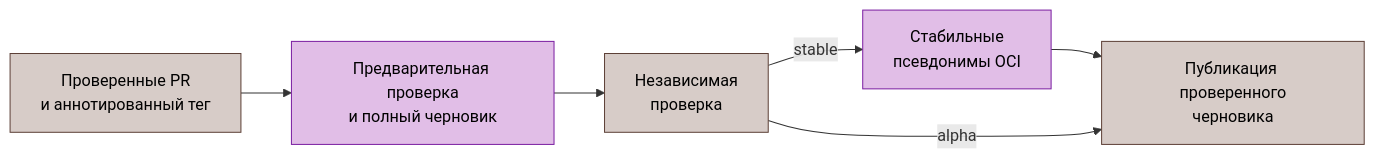
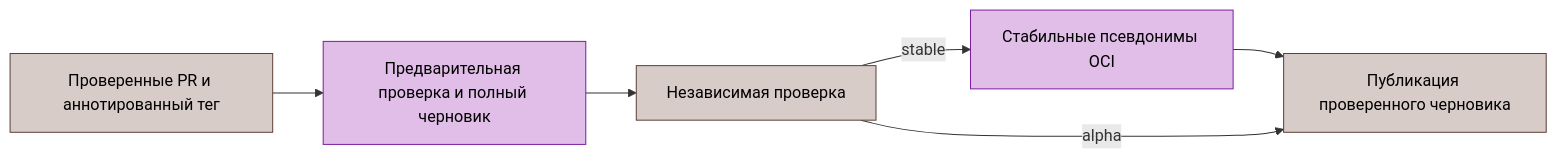
The diagram in docs/ru/reference/automation.md (dantte-lp/gobfd), drawn with Mermaid before and after one commit. The commit also changed 48 other files, not shown here.

First line of the commit message:
docs: align v1.0 documentation with codebase, unify Mermaid, and add mascot logo

````diff
--- a/docs/ru/reference/automation.md
+++ b/docs/ru/reference/automation.md
@@ -70,12 +70,12 @@
 ```mermaid
 flowchart LR
-  accTitle: Предложение, проверка и публикация выпуска
-  accDescr: Проверенные PR выпуска и аннотированный тег предшествуют проверке черновика; только стабильный выпуск продвигает псевдонимы.
-    proposal["Проверенные PR<br/>и аннотированный тег"]:::mgt --> build["Предварительная проверка<br/>и полный черновик"]:::srv
-    build --> verify["Независимая<br/>проверка"]:::mgt
-    verify -->|"stable"| aliases["Стабильные<br/>псевдонимы OCI"]:::srv
-    aliases --> publish["Публикация проверенного<br/>черновика"]:::mgt
+    accTitle: Предложение, проверка и публикация выпуска
+    accDescr: Проверенные PR выпуска и аннотированный тег предшествуют проверке черновика; только стабильный выпуск продвигает псевдонимы.
+    proposal["Проверенные PR и аннотированный тег"]:::mgt --> build["Предварительная проверка и полный черновик"]:::srv
+    build --> verify["Независимая проверка"]:::mgt
+    verify -->|"stable"| aliases["Стабильные псевдонимы OCI"]:::srv
+    aliases --> publish["Публикация проверенного черновика"]:::mgt
     verify -->|"alpha"| publish
     classDef srv fill:#e1bee7,stroke:#7b1fa2,color:#000
     classDef mgt fill:#d7ccc8,stroke:#5d4037,color:#000
 ```
````
